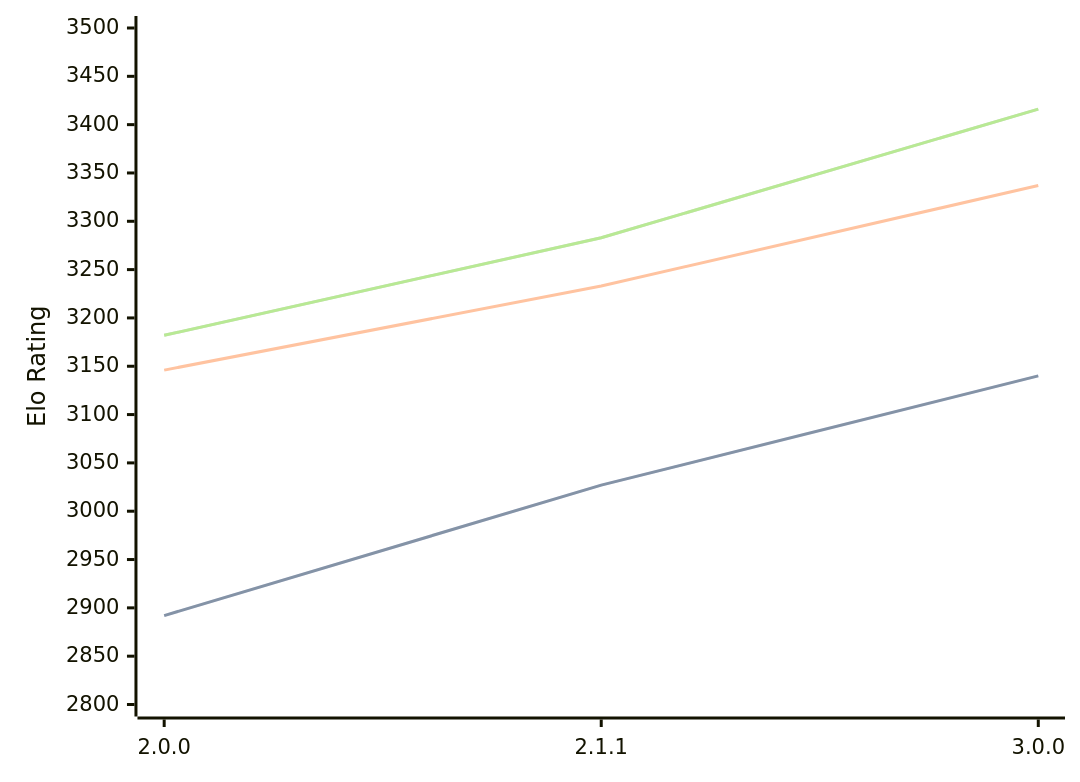
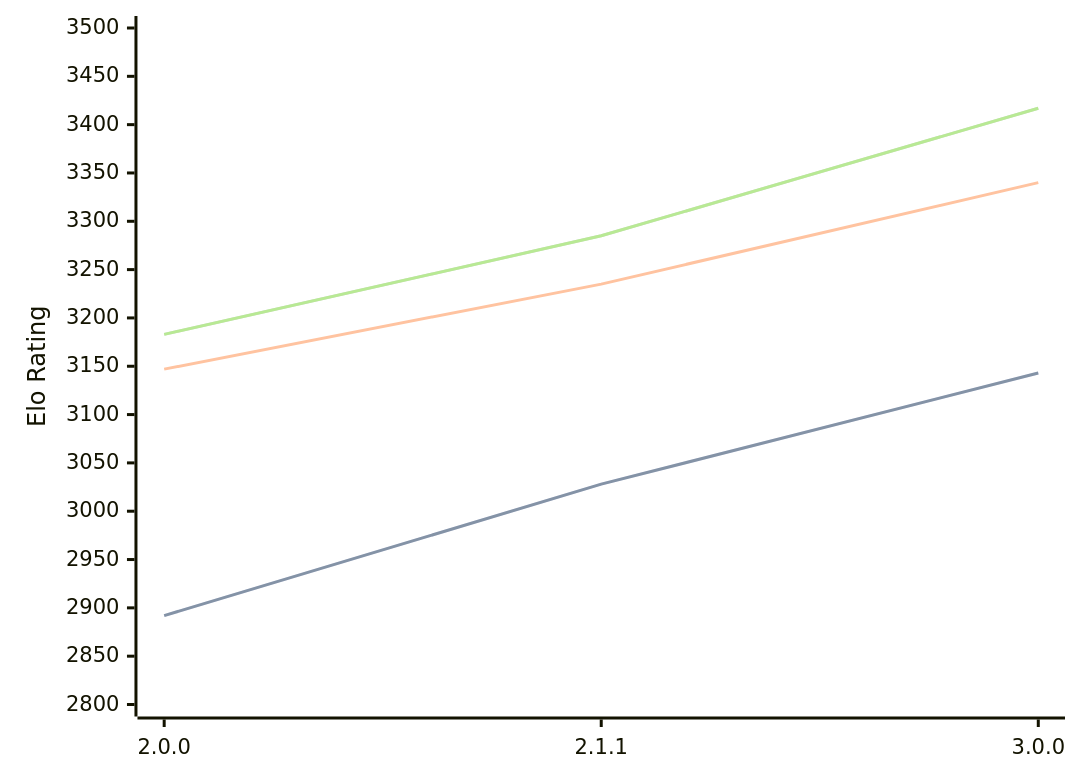
One commit to computer-chess-index/cci changed the diagram in engines/Bread.md. Above: the diagram before and after it, drawn with Mermaid. The commit also changed other lines of this file, not shown here.

Commit message:
Update CCI Ratings (ELO VLTC) - 2026-04-13

````diff
--- a/engines/Bread.md
+++ b/engines/Bread.md
@@ -51,11 +51,11 @@
 ```mermaid
 %%{init: {"theme":"base","themeVariables":{"seriesColors:['#a3a3a3','#222221','#faa371']}}}%%
 xychart-beta
   x-axis ["2.0.0", "2.1.1", "3.0.0"]
   y-axis "Elo Rating" 2800 --> 3500
-  line "STC (8.0+0.08s)" [2892, 3027, 3140]
-  line "STC (8.0+0.08s)" [2892, 3027, 3140]
-  line "LTC (60.0+0.60s)" [3146, 3233, 3337]
-  line "VLTC (2m24s+1.12s)" [3182, 3283, 3416]
-  line "VLTC (2m24s+1.12s)" [3182, 3283, 3416]
+  line "STC (8.0+0.08s)" [2892, 3028, 3143]
+  line "STC (8.0+0.08s)" [2892, 3028, 3143]
+  line "LTC (60.0+0.60s)" [3147, 3235, 3340]
+  line "VLTC (2m24s+1.12s)" [3183, 3285, 3417]
+  line "VLTC (2m24s+1.12s)" [3183, 3285, 3417]
 ```
````
